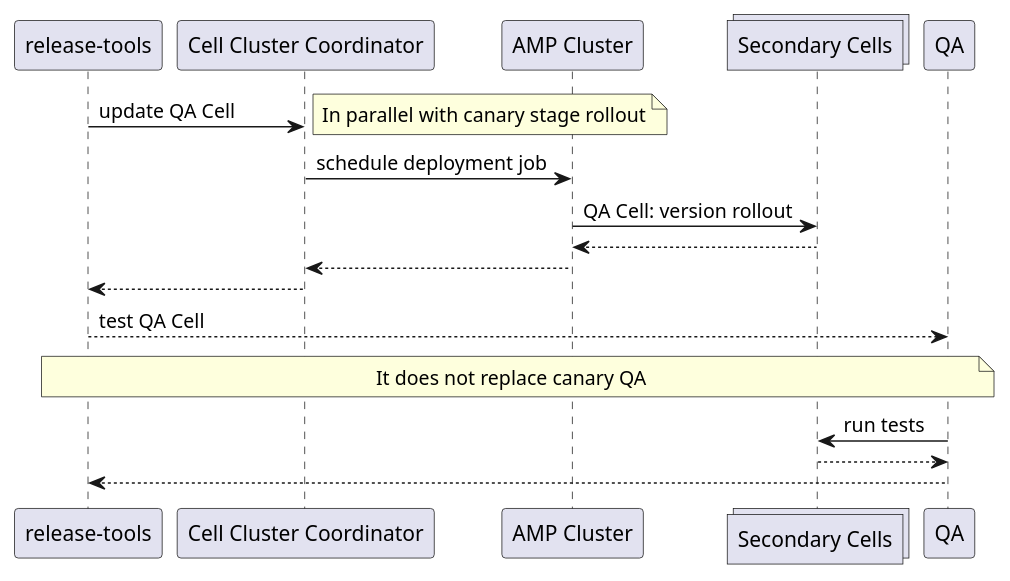
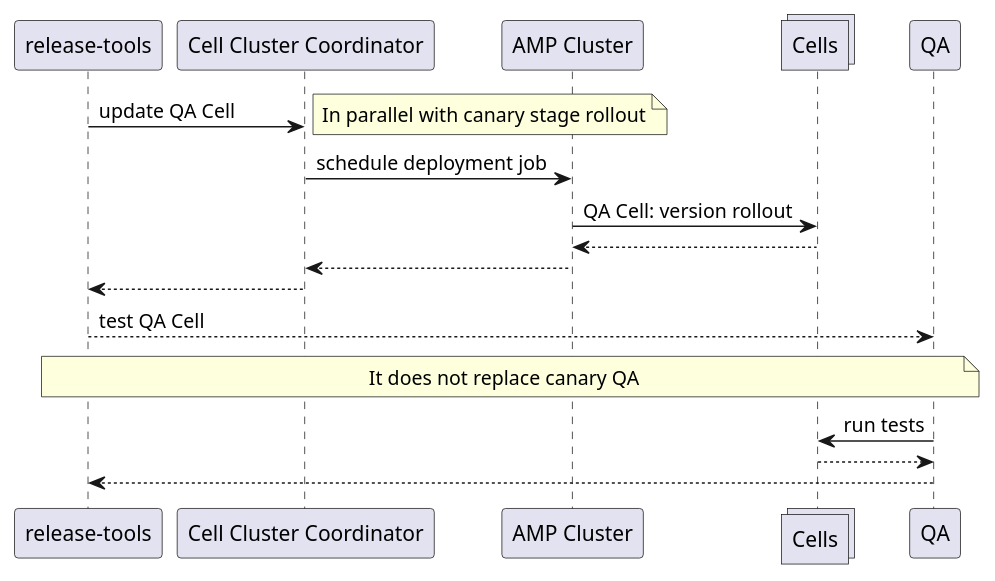
The seventh of 8 diagrams in content/handbook/engineering/architecture/design-documents/cells/infrastructure/deployments.md (secretstartups/handbook), drawn with PlantUML before and after one commit. The commit also changed other lines of this file and 8 other files, not shown here.

Commit message:
Rename Primary Cells and Secondary Cells

````diff
--- a/content/handbook/engineering/architecture/design-documents/cells/infrastructure/deployments.md
+++ b/content/handbook/engineering/architecture/design-documents/cells/infrastructure/deployments.md
@@ -406,22 +410,22 @@
 ```plantuml
 @startuml
 participant "release-tools" as rt
 participant "Cell Cluster Coordinator" as sb
 participant "AMP Cluster" as AMP
-collections "Secondary Cells" as cells
+collections "Cells" as cells
 participant QA
 
 rt -> sb: update QA Cell
 note right: In parallel with canary stage rollout
 sb -> AMP: schedule deployment job
 AMP -> cells: QA Cell: version rollout
 cells --> AMP
 AMP --> sb
 sb --> rt
 rt --> QA: test QA Cell
 note over rt,QA: It does not replace canary QA
 QA -> cells: run tests
 cells --> QA
 QA --> rt
 @enduml
 ```
````
